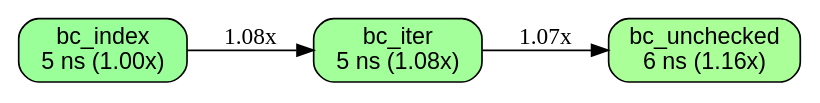
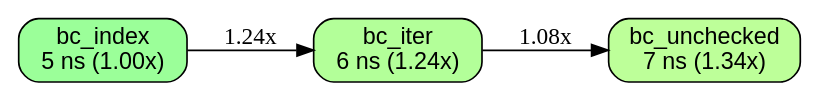
One commit to orgrinrt/hilavitkutin changed the diagram in docs/BENCHES.bounds_check.bounds_check_n256.macos-aarch64-c8-bare-apple.dot. Above: the diagram before and after it, drawn with Graphviz. The commit also changed 318 other files, not shown here.

```diff
--- a/docs/BENCHES.bounds_check.bounds_check_n256.macos-aarch64-c8-bare-apple.dot
+++ b/docs/BENCHES.bounds_check.bounds_check_n256.macos-aarch64-c8-bare-apple.dot
@@ -1,16 +1,16 @@
 // AUTO-GENERATED: DO NOT EDIT DIRECTLY
 //
 // Generated by: mockspace (mock)
-// Generated at: 2026-11-15T14:25:39Z
+// Generated at: 2026-11-22T21:16:15Z
 // Source: mock/
 // To regenerate: cargo mock
 
 digraph "bounds_check/bounds_check_n256 on macos-aarch64-c8-bare-apple" {
   rankdir=LR;
   node [shape=box, style="rounded,filled", fontname="Helvetica"];
   v0 [label="bc_index\n5 ns (1.00x)", fillcolor="0.330 0.4 1.0"];
-  v1 [label="bc_iter\n5 ns (1.08x)", fillcolor="0.317 0.4 1.0"];
-  v2 [label="bc_unchecked\n6 ns (1.16x)", fillcolor="0.304 0.4 1.0"];
-  v0 -> v1 [label="1.08x"];
-  v1 -> v2 [label="1.07x"];
+  v1 [label="bc_iter\n6 ns (1.24x)", fillcolor="0.290 0.4 1.0"];
+  v2 [label="bc_unchecked\n7 ns (1.34x)", fillcolor="0.274 0.4 1.0"];
+  v0 -> v1 [label="1.24x"];
+  v1 -> v2 [label="1.08x"];
 }
```
